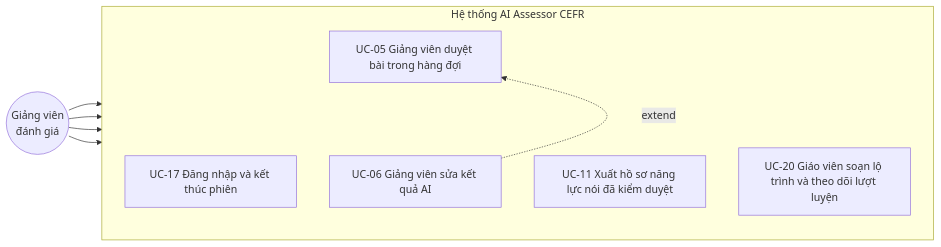
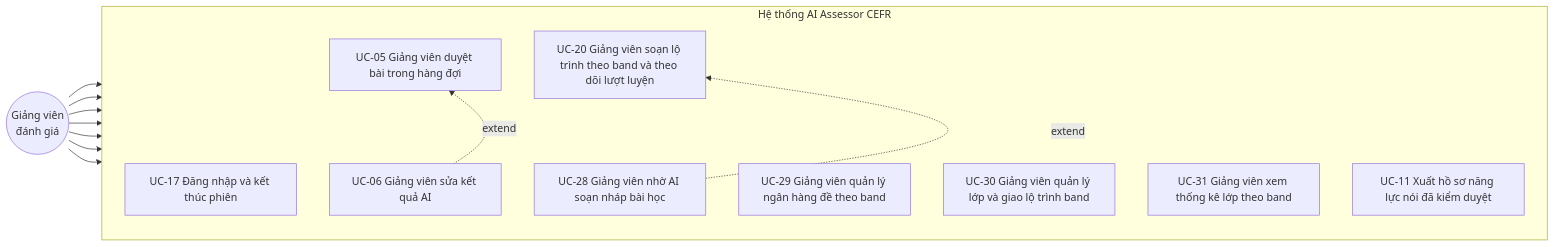
One commit to ThanhSangLouis/ai-assessor-cefr changed the second of 11 diagrams in docs/sdd/SDD.md. Above: the diagram before and after it, drawn with Mermaid. The commit also changed other lines of this file and 69 other files, not shown here.

First line of the commit message:
D078: giá lượt trên dashboard, gỡ đo đạc còn sót, demo trang chủ, dữ liệu cũ; use case mới

````diff
--- a/docs/sdd/SDD.md
+++ b/docs/sdd/SDD.md
@@ -245,33 +240,41 @@
 ```mermaid
 %% So do use case 1b: tac nhan Giang vien danh gia
 %% Ma va ten use case lay NGUYEN VAN tu bang SRS muc 4.1 -- khong tu dat so.
 %% Day la so do THIET KE: mo ta he thong PHAI LAM GI, khong phai tien do.
+%% Ban 1.16 (D078): giang vien duyet va cham lai bai, soan lo trinh theo band
+%% (co the nho AI soan nhap), giu ngan hang de theo band, xep lop va giao lo
+%% trinh band, xem thong ke lop theo band.
 flowchart LR
     GV(("Giảng viên<br/>đánh giá"))
 
     subgraph SYS["Hệ thống AI Assessor CEFR"]
         direction TB
         UC17["UC-17 Đăng nhập và kết thúc phiên"]
-        UC11["UC-11 Xuất hồ sơ năng lực nói đã kiểm duyệt"]
-        UC20["UC-20 Giáo viên soạn lộ trình và theo dõi lượt luyện"]
         UC05["UC-05 Giảng viên duyệt bài trong hàng đợi"]
         UC06["UC-06 Giảng viên sửa kết quả AI"]
+        UC20["UC-20 Giảng viên soạn lộ trình theo band và theo dõi lượt luyện"]
+        UC28["UC-28 Giảng viên nhờ AI soạn nháp bài học"]
+        UC29["UC-29 Giảng viên quản lý ngân hàng đề theo band"]
+        UC30["UC-30 Giảng viên quản lý lớp và giao lộ trình band"]
+        UC31["UC-31 Giảng viên xem thống kê lớp theo band"]
+        UC11["UC-11 Xuất hồ sơ năng lực nói đã kiểm duyệt"]
     end
 
-    %% UC-05 o cuoi cot: mui ten `extend` tu UC-06 vong ve UC-05 di qua khoang
-    %% trong ben duoi, khong sat hop nao khac.
     GV --> UC17
+    GV --> UC05
+    GV --> UC20
+    GV --> UC29
+    GV --> UC30
+    GV --> UC31
     GV --> UC11
-    GV --> UC20
-    GV --> UC05
 
-    %% Lien ket VO HINH, chi de xep bo cuc -- KHONG phai quan he UML. Dat UC-06
-    %% sau UC-05 de mui ten `extend` tro nguoc ve trai. Xem giai thich day du o 01a.
+    %% Lien ket VO HINH, chi de xep bo cuc -- KHONG phai quan he UML. Xem 01a.
     UC05 ~~~ UC06
+    UC20 ~~~ UC28
 
-    %% Use case MO RONG khong noi truc tiep voi tac nhan. Giang vien khoi tao
-    %% UC-05 (mo hang doi ra duyet); UC-06 sua ket qua duoc chen vao giua luong
-    %% do khi ho khong dong y voi may. Khong the sua ket qua khi chua mo bai ra.
-    %% extend: tu use case MO RONG --> use case goc
+    %% Use case MO RONG khong noi truc tiep voi tac nhan: sua ket qua (UC-06)
+    %% chen vao luong duyet (UC-05); nho AI soan nhap (UC-28) chen vao form
+    %% "Bai hoc moi" cua UC-20.
     UC06 -. extend .-> UC05
+    UC28 -. extend .-> UC20
 ```
````
